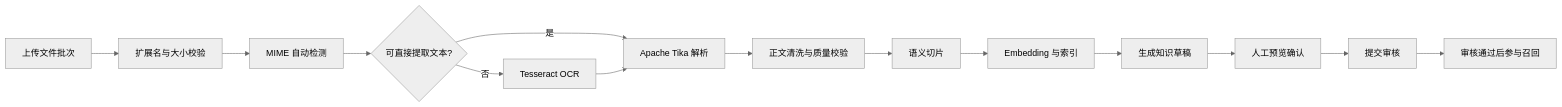
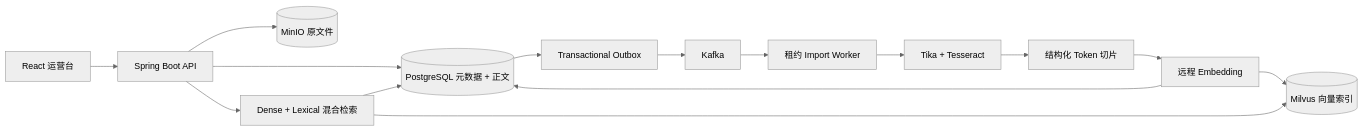
One commit to bingo-wz/MyRAG changed the diagram in README.md. Above: the diagram before and after it, drawn with Mermaid (neutral theme). The commit also changed other lines of this file and 11 other files, not shown here.

````diff
--- a/README.md
+++ b/README.md
@@ -57,16 +25,17 @@
 ```mermaid
 flowchart LR
-    A["上传文件批次"] --> B["扩展名与大小校验"]
-    B --> C["MIME 自动检测"]
-    C --> D{"可直接提取文本?"}
-    D -- 是 --> E["Apache Tika 解析"]
-    D -- 否 --> F["Tesseract OCR"]
-    F --> E
-    E --> G["正文清洗与质量校验"]
-    G --> H["语义切片"]
-    H --> I["Embedding 与索引"]
-    I --> J["生成知识草稿"]
-    J --> K["人工预览确认"]
-    K --> L["提交审核"]
-    L --> M["审核通过后参与召回"]
+    UI["React 运营台"] --> API["Spring Boot API"]
+    API --> MINIO[("MinIO 原文件")]
+    API --> PG[("PostgreSQL 元数据 + 正文")]
+    PG --> OUTBOX["Transactional Outbox"]
+    OUTBOX --> KAFKA["Kafka"]
+    KAFKA --> WORKER["租约 Import Worker"]
+    WORKER --> TIKA["Tika + Tesseract"]
+    TIKA --> CHUNK["结构化 Token 切片"]
+    CHUNK --> EMB["远程 Embedding"]
+    EMB --> MILVUS[("Milvus 向量索引")]
+    EMB --> PG
+    API --> HYBRID["Dense + Lexical 混合检索"]
+    HYBRID --> MILVUS
+    HYBRID --> PG
 ```
````
